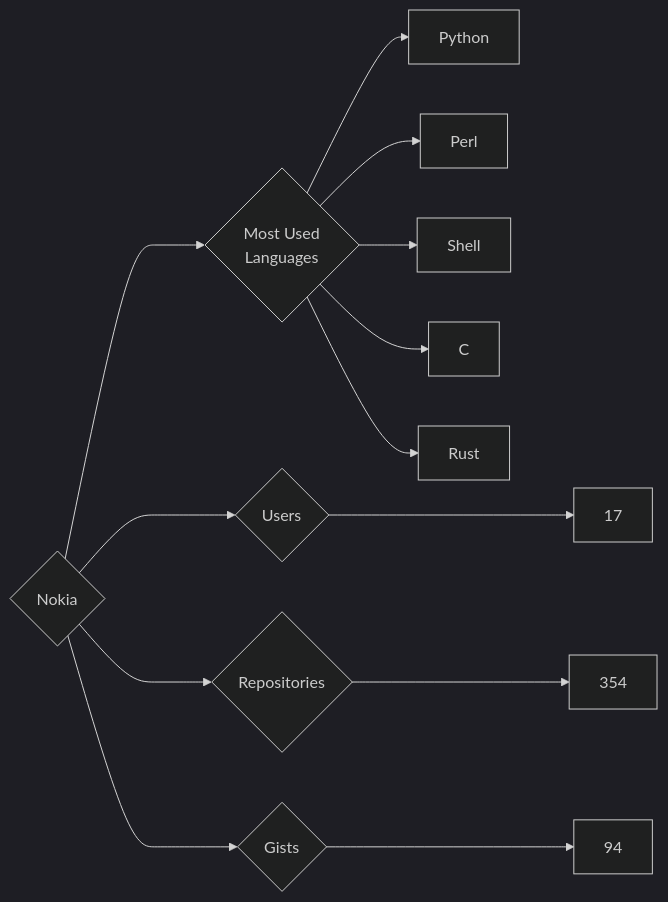
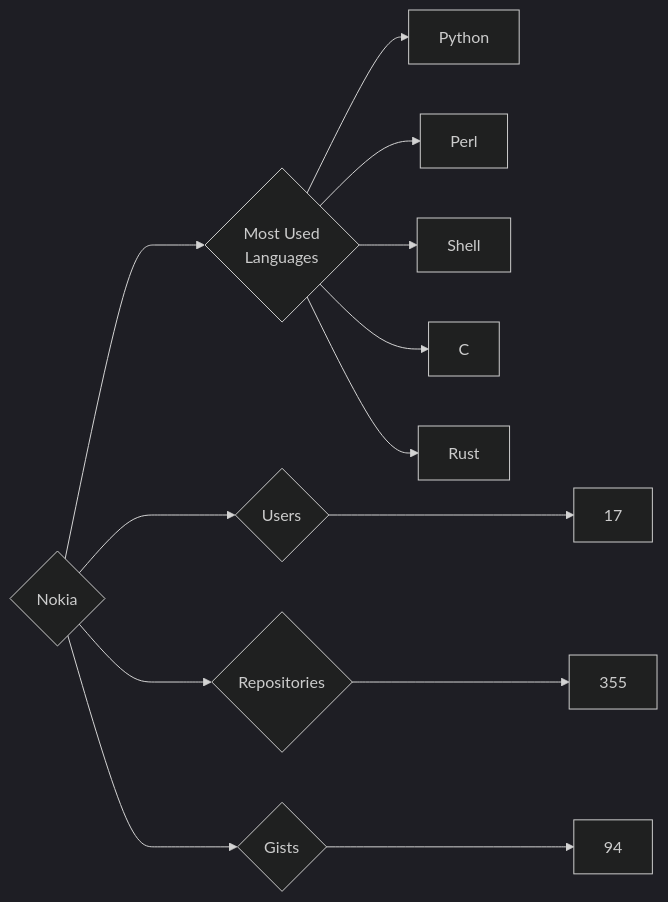
Before and after one commit to trickest/insiders: the diagram in targets/Nokia/README.md, drawn with Mermaid (dark theme). The commit also changed 870 other files, not shown here.

````diff
--- a/targets/Nokia/README.md
+++ b/targets/Nokia/README.md
@@ -3,13 +3,13 @@
 ```mermaid
 graph LR
 COMPANY_NAME{Nokia}
 COMPANY_NAME ---> U{Users} ---> UN[17]
-COMPANY_NAME ---> R{Repositories} ---> RN[354]
+COMPANY_NAME ---> R{Repositories} ---> RN[355]
 COMPANY_NAME ---> G{Gists} ---> GN[94]
 COMPANY_NAME ---> ML{Most Used<br>Languages}
 ML --> Python[Python]
 ML --> Perl[Perl]
 ML --> Shell[Shell]
 ML --> C[C]
 ML --> Rust[Rust]
 ```
````
